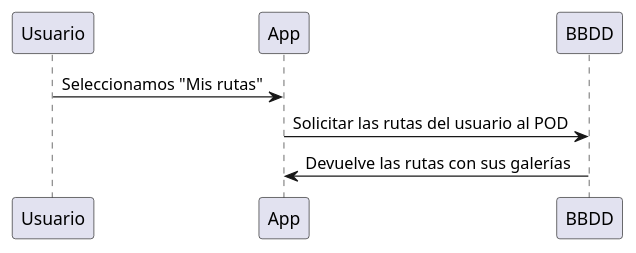
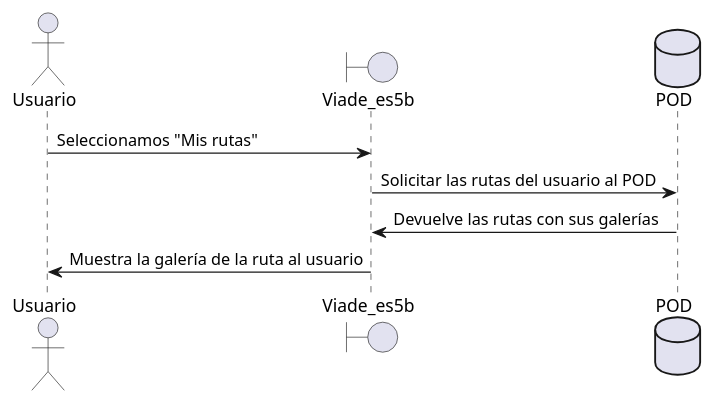
Before and after one commit to Arquisoft/viade_es5b: diagram 12 of 16 in src/docs/06_runtime_view.adoc, drawn with PlantUML. The commit also changed other lines of this file, not shown here.

Commit message:
Cambios a partir del escenario 1

```diff
--- a/src/docs/06_runtime_view.adoc
+++ b/src/docs/06_runtime_view.adoc
@@ -276,6 +310,10 @@
 [plantuml,"DiagramaVerGaleriaRuta",png]
 ----
-Usuario -> App: Seleccionamos "Mis rutas"
-App -> BBDD : Solicitar las rutas del usuario al POD
-BBDD -> App: Devuelve las rutas con sus galerías
+actor Usuario
+boundary Viade_es5b
+database POD
+Usuario -> Viade_es5b: Seleccionamos "Mis rutas"
+Viade_es5b -> POD : Solicitar las rutas del usuario al POD
+POD -> Viade_es5b: Devuelve las rutas con sus galerías
+Viade_es5b -> Usuario: Muestra la galería de la ruta al usuario
 ----
```
